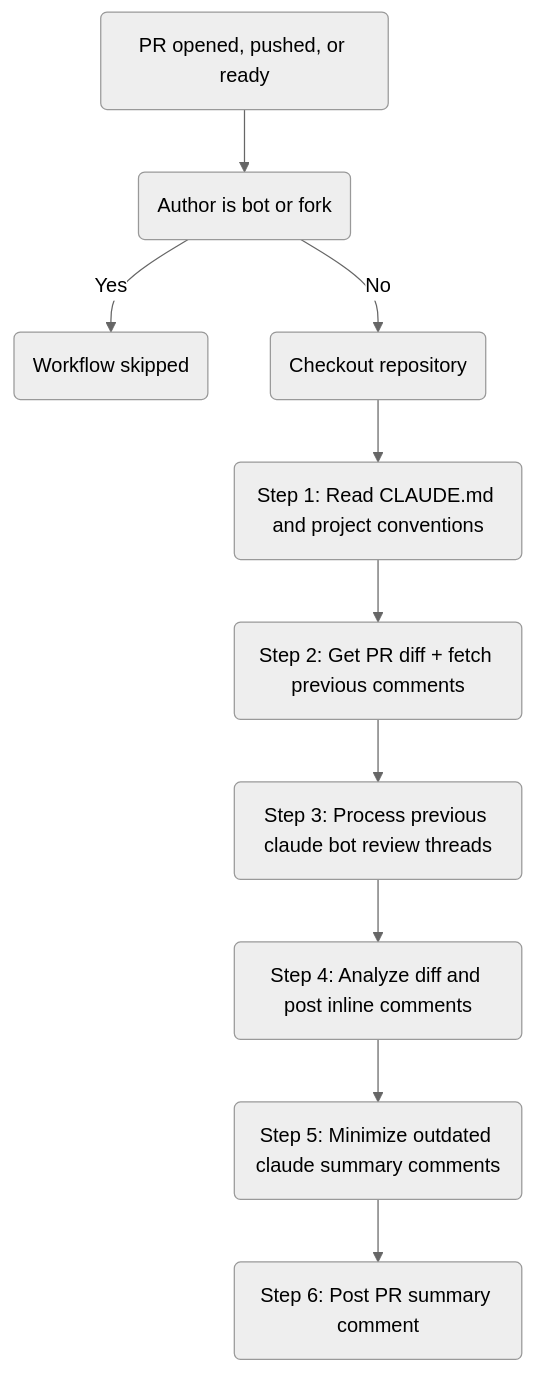
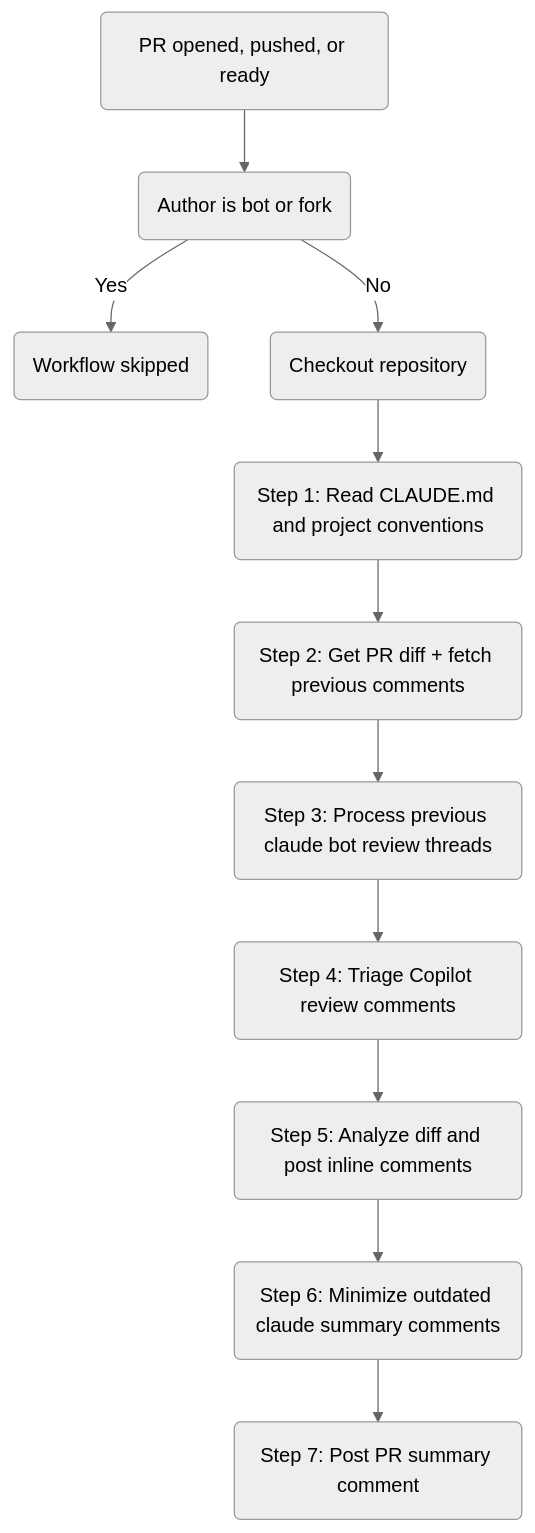
One commit to SchweizerischeBundesbahnen/github-workflows-polarion changed the first of 2 diagrams in docs/claude-code-review.md. Above: the diagram before and after it, drawn with Mermaid (neutral theme). The commit also changed other lines of this file and 1 other file, not shown here.

First line of the commit message:
feat: triage Copilot review comments in Claude Code Review (#22)

````diff
--- a/docs/claude-code-review.md
+++ b/docs/claude-code-review.md
@@ -38,12 +38,13 @@
 ```mermaid
 flowchart TD
   A(PR opened, pushed, or ready) --> B(Author is bot or fork)
   B -->|Yes| Z(Workflow skipped)
   B -->|No| C(Checkout repository)
   C --> D(Step 1: Read CLAUDE.md and project conventions)
   D --> E(Step 2: Get PR diff + fetch previous comments)
   E --> F(Step 3: Process previous claude bot review threads)
-  F --> G(Step 4: Analyze diff and post inline comments)
-  G --> H(Step 5: Minimize outdated claude summary comments)
-  H --> I(Step 6: Post PR summary comment)
+  F --> G(Step 4: Triage Copilot review comments)
+  G --> H(Step 5: Analyze diff and post inline comments)
+  H --> I(Step 6: Minimize outdated claude summary comments)
+  I --> J(Step 7: Post PR summary comment)
 ```
````
